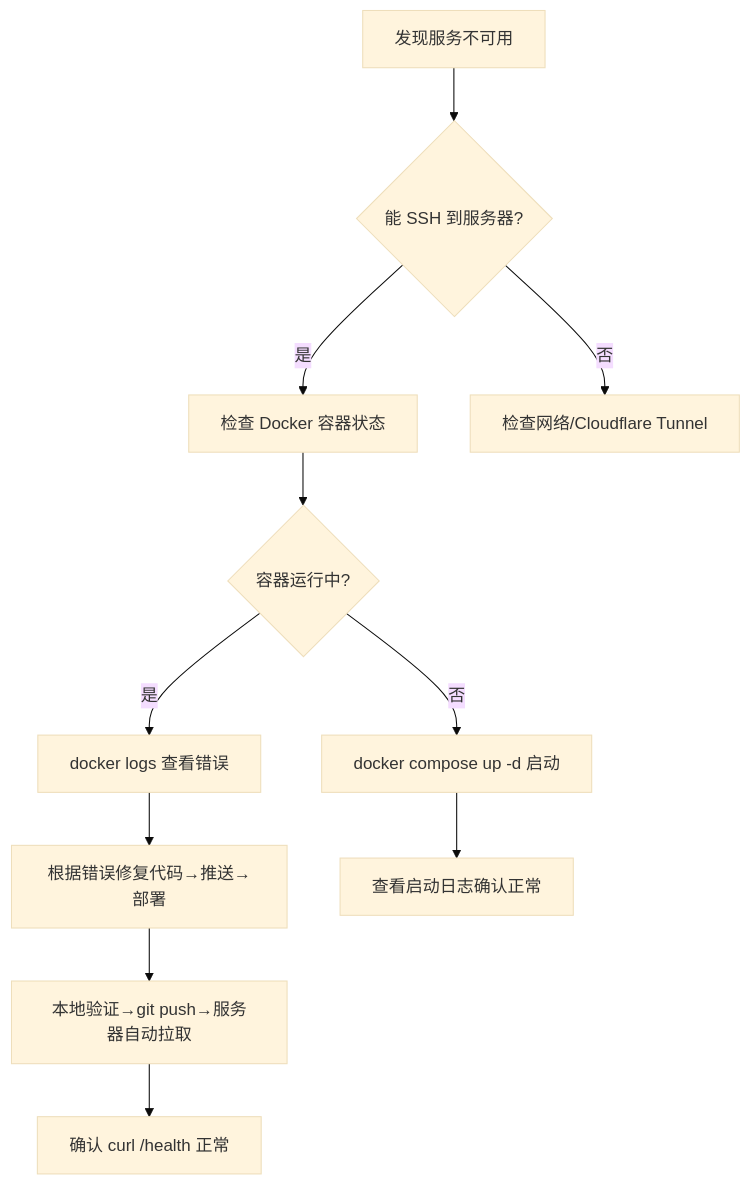
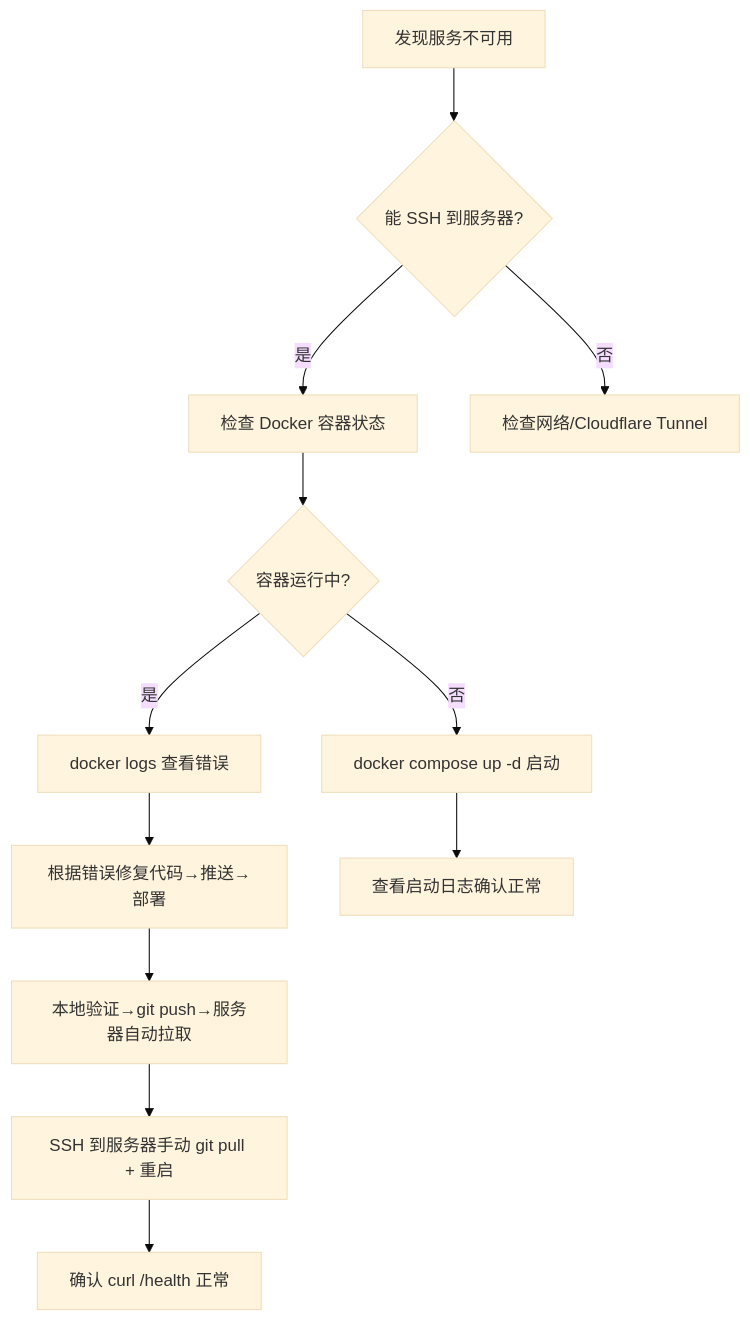
Before and after one commit to mvpwanhao/ymkymanager: the first of 2 diagrams in agent.md, drawn with Mermaid (base theme). The commit also changed other lines of this file, not shown here.

````diff
--- a/agent.md
+++ b/agent.md
@@ -302,13 +301,14 @@
 ```mermaid
 flowchart TD
     A[发现服务不可用] --> B{能 SSH 到服务器?}
     B -->|是| C[检查 Docker 容器状态]
     B -->|否| D[检查网络/Cloudflare Tunnel]
     C --> E{容器运行中?}
     E -->|是| F[docker logs 查看错误]
     E -->|否| G[docker compose up -d 启动]
     F --> H[根据错误修复代码→推送→部署]
     G --> I[查看启动日志确认正常]
     H --> J[本地验证→git push→服务器自动拉取]
-    J --> K[确认 curl /health 正常]
+    J --> K[SSH 到服务器手动 git pull + 重启]
+    K --> L[确认 curl /health 正常]
 ```
````
